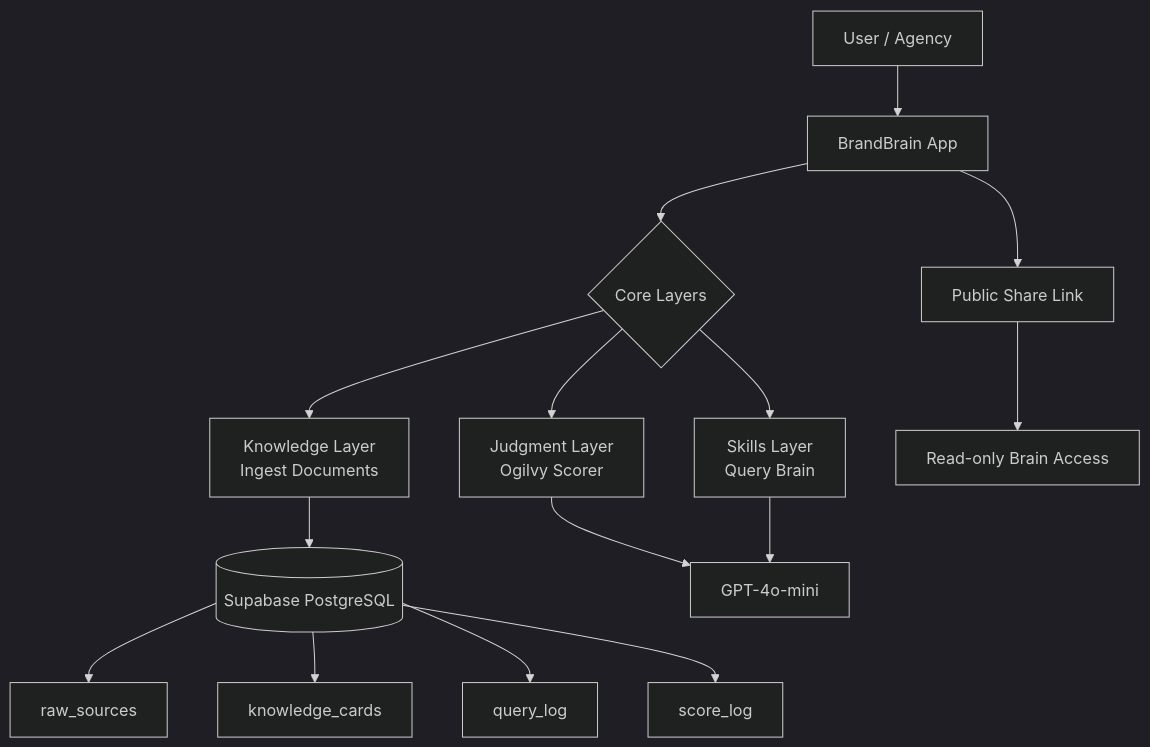
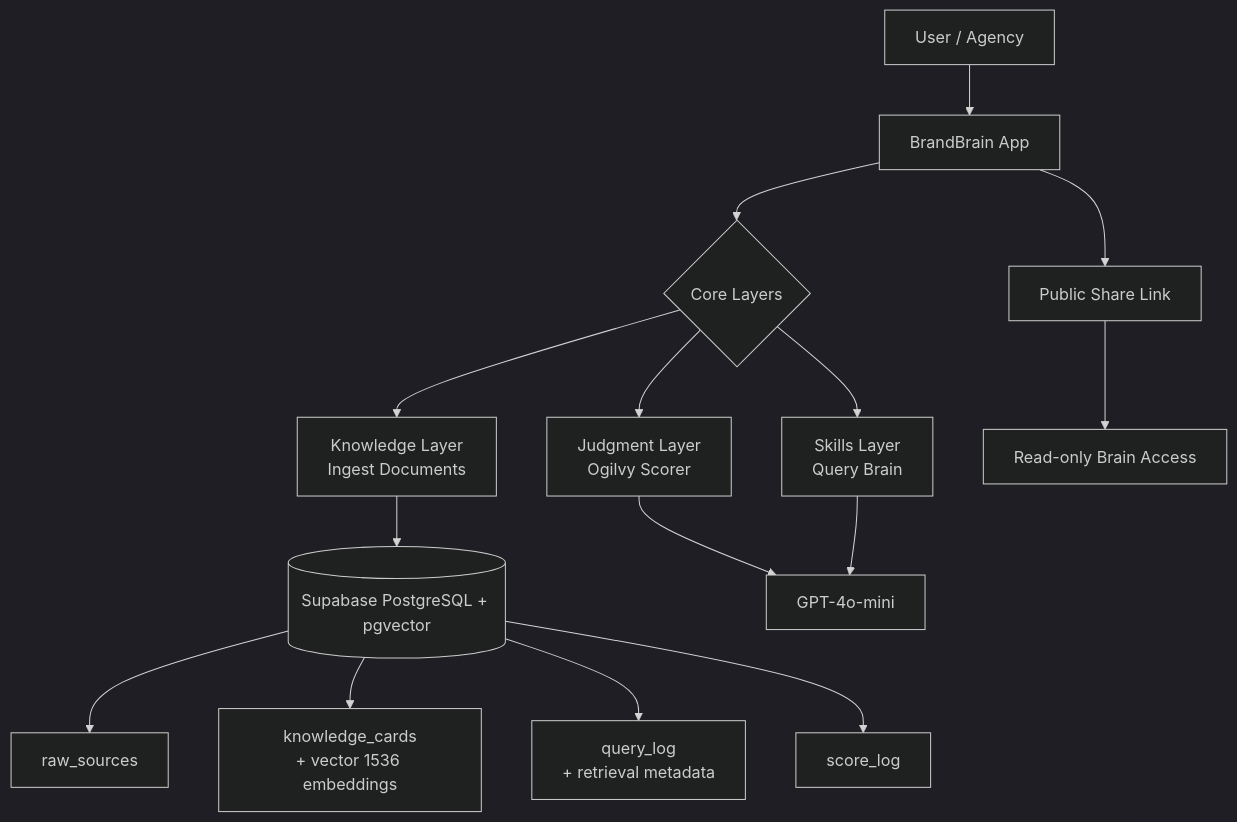
The first of 8 diagrams in README.md (NikhilRaikwar/BrandBrain), drawn with Mermaid (dark theme) before and after one commit. The commit also changed other lines of this file and 13 other files, not shown here.

First line of the commit message:
feat(rag): real hybrid RAG with pgvector, RRF fusion, and retrieval evals

````diff
--- a/README.md
+++ b/README.md
@@ -26,20 +28,20 @@
 ```mermaid
 graph TD
     A[User / Agency] --> B[BrandBrain App]
     B --> C{Core Layers}
     C --> D[Knowledge Layer<br/>Ingest Documents]
     C --> E[Judgment Layer<br/>Ogilvy Scorer]
     C --> F[Skills Layer<br/>Query Brain]
 
-    D --> G[(Supabase PostgreSQL)]
+    D --> G[(Supabase PostgreSQL + pgvector)]
     G --> H[raw_sources]
-    G --> I[knowledge_cards]
-    G --> J[query_log]
+    G --> I[knowledge_cards<br/>+ vector 1536 embeddings]
+    G --> J[query_log<br/>+ retrieval metadata]
     G --> K[score_log]
 
     E --> L[GPT-4o-mini]
     F --> L
 
     B --> M[Public Share Link]
     M --> N[Read-only Brain Access]
 ```
````
